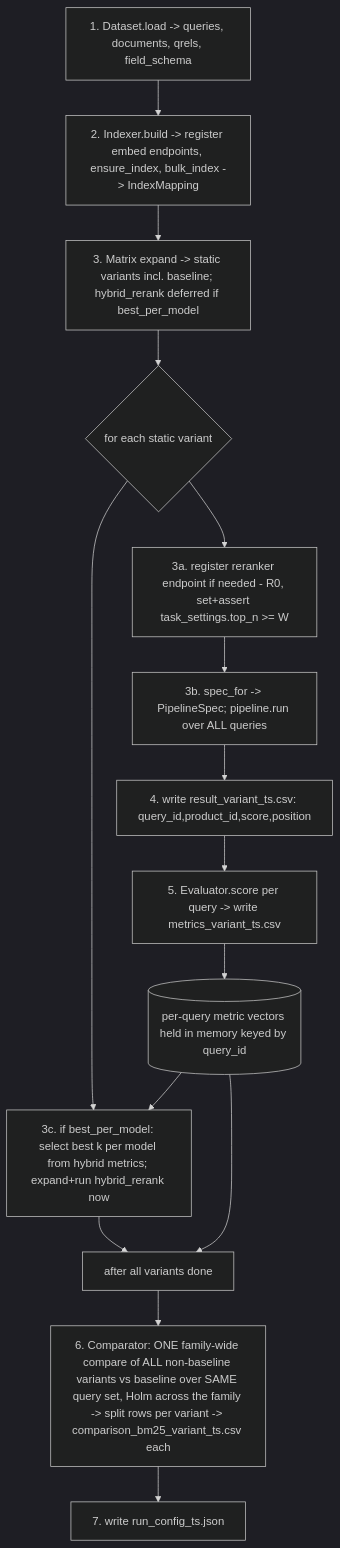
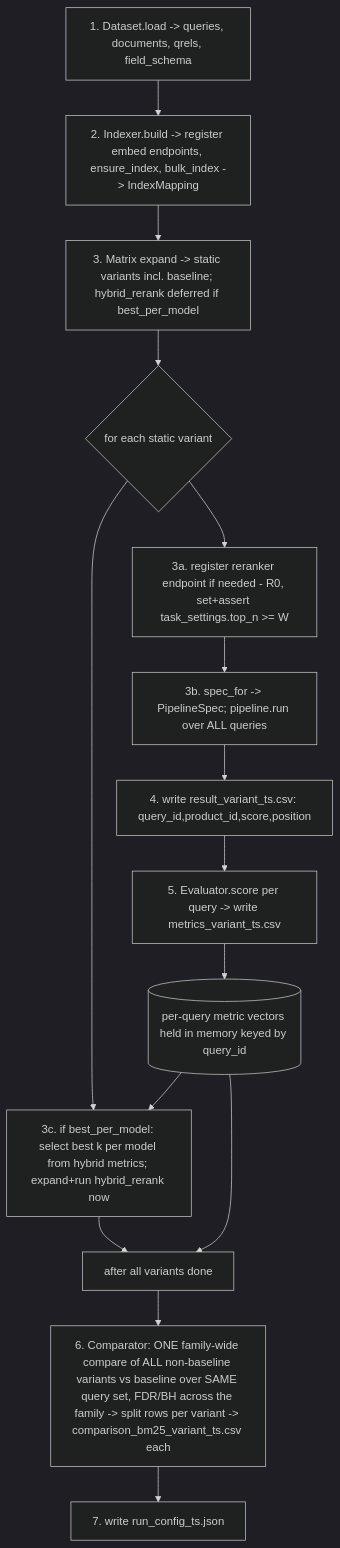
The fourth of 4 diagrams in docs/experiment.md (TensorOpt/search-rag-evaluation), drawn with Mermaid (dark theme) before and after one commit. The commit also changed other lines of this file and 6 other files, not shown here.

````diff
--- a/docs/experiment.md
+++ b/docs/experiment.md
@@ -517,17 +517,17 @@
 ```mermaid
 flowchart TD
   A[1. Dataset.load -> queries, documents, qrels, field_schema] --> B[2. Indexer.build -> register embed endpoints, ensure_index, bulk_index -> IndexMapping]
   B --> C[3. Matrix expand -> static variants incl. baseline; hybrid_rerank deferred if best_per_model]
   C --> D{for each static variant}
   D --> E[3a. register reranker endpoint if needed - R0, set+assert task_settings.top_n >= W]
   E --> F[3b. spec_for -> PipelineSpec; pipeline.run over ALL queries]
   F --> G[4. write result_variant_ts.csv: query_id,product_id,score,position]
   G --> H[5. Evaluator.score per query -> write metrics_variant_ts.csv]
   H --> I[(per-query metric vectors held in memory keyed by query_id)]
   D --> P[3c. if best_per_model: select best k per model from hybrid metrics; expand+run hybrid_rerank now]
   I --> P
   P --> J[after all variants done]
   I --> J
-  J --> K[6. Comparator: ONE family-wide compare of ALL non-baseline variants vs baseline over SAME query set, Holm across the family -> split rows per variant -> comparison_bm25_variant_ts.csv each]
+  J --> K[6. Comparator: ONE family-wide compare of ALL non-baseline variants vs baseline over SAME query set, FDR/BH across the family -> split rows per variant -> comparison_bm25_variant_ts.csv each]
   K --> L[7. write run_config_ts.json]
 ```
````
